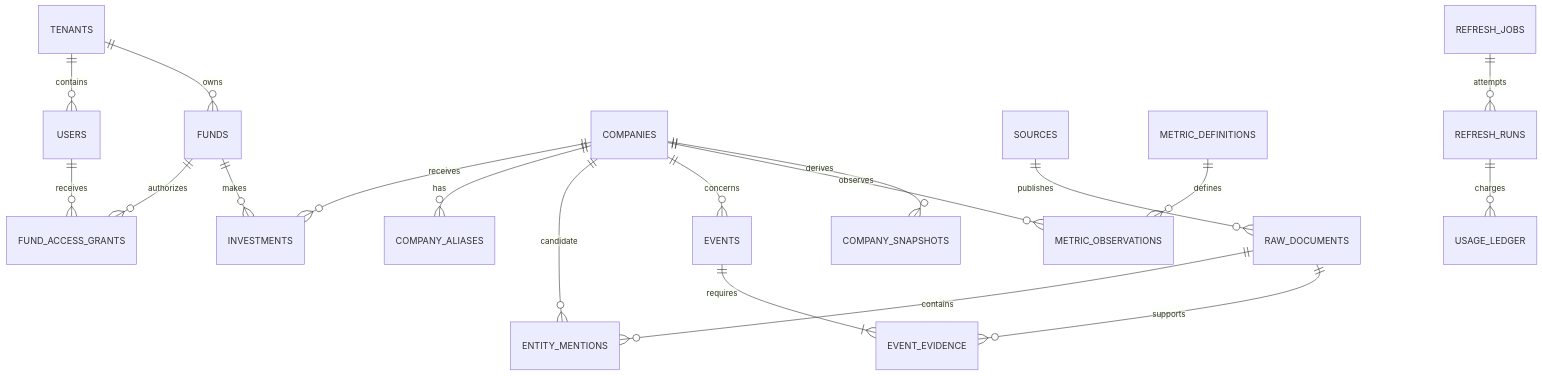
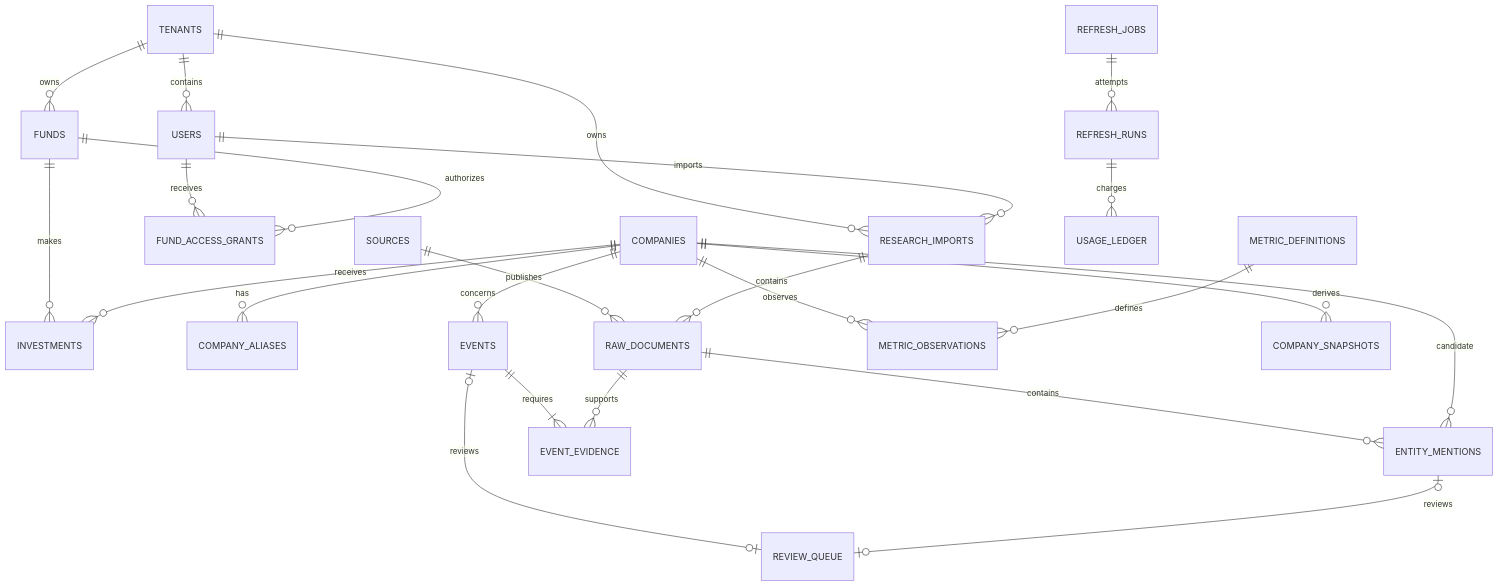
The first of 2 diagrams in docs/03-database-design.md (daiphoon/dealflow-radar), drawn with Mermaid before and after one commit. The commit also changed other lines of this file and 23 other files, not shown here.

````diff
--- a/docs/03-database-design.md
+++ b/docs/03-database-design.md
@@ -57,21 +57,26 @@
 ```mermaid
 erDiagram
   TENANTS ||--o{ USERS : contains
   TENANTS ||--o{ FUNDS : owns
+  TENANTS ||--o{ RESEARCH_IMPORTS : owns
+  USERS ||--o{ RESEARCH_IMPORTS : imports
   USERS ||--o{ FUND_ACCESS_GRANTS : receives
   FUNDS ||--o{ FUND_ACCESS_GRANTS : authorizes
   FUNDS ||--o{ INVESTMENTS : makes
   COMPANIES ||--o{ INVESTMENTS : receives
   COMPANIES ||--o{ COMPANY_ALIASES : has
   SOURCES ||--o{ RAW_DOCUMENTS : publishes
+  RESEARCH_IMPORTS ||--o{ RAW_DOCUMENTS : contains
   RAW_DOCUMENTS ||--o{ ENTITY_MENTIONS : contains
   COMPANIES ||--o{ ENTITY_MENTIONS : candidate
   COMPANIES ||--o{ EVENTS : concerns
   EVENTS ||--|{ EVENT_EVIDENCE : requires
+  EVENTS o|--o| REVIEW_QUEUE : reviews
+  ENTITY_MENTIONS o|--o| REVIEW_QUEUE : reviews
   RAW_DOCUMENTS ||--o{ EVENT_EVIDENCE : supports
   COMPANIES ||--o{ METRIC_OBSERVATIONS : observes
   METRIC_DEFINITIONS ||--o{ METRIC_OBSERVATIONS : defines
   COMPANIES ||--o{ COMPANY_SNAPSHOTS : derives
   REFRESH_JOBS ||--o{ REFRESH_RUNS : attempts
   REFRESH_RUNS ||--o{ USAGE_LEDGER : charges
 ```
````
